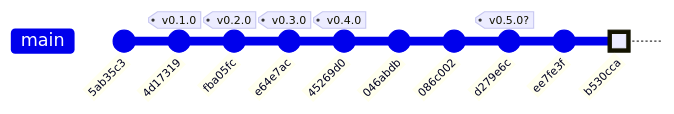
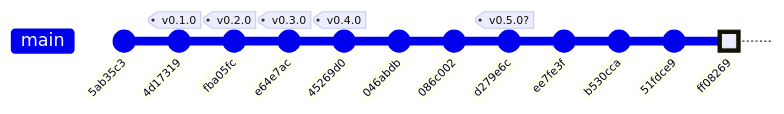
One commit to x-force-42/mmb-core changed the second of 4 diagrams in docs/arvore.md. Above: the diagram before and after it, drawn with Mermaid. The commit also changed other lines of this file and 2 other files, not shown here.

````diff
--- a/docs/arvore.md
+++ b/docs/arvore.md
@@ -93,13 +97,15 @@
 ```mermaid
 gitGraph
    commit id: "5ab35c3"
    commit id: "4d17319" tag: "v0.1.0"
    commit id: "fba05fc" tag: "v0.2.0"
    commit id: "e64e7ac" tag: "v0.3.0"
    commit id: "45269d0" tag: "v0.4.0"
    commit id: "046abdb"
    commit id: "086c002"
    commit id: "d279e6c" tag: "v0.5.0?"
    commit id: "ee7fe3f"
-   commit id: "b530cca" type: HIGHLIGHT
+   commit id: "b530cca"
+   commit id: "51fdce9"
+   commit id: "ff08269" type: HIGHLIGHT
 ```
````
